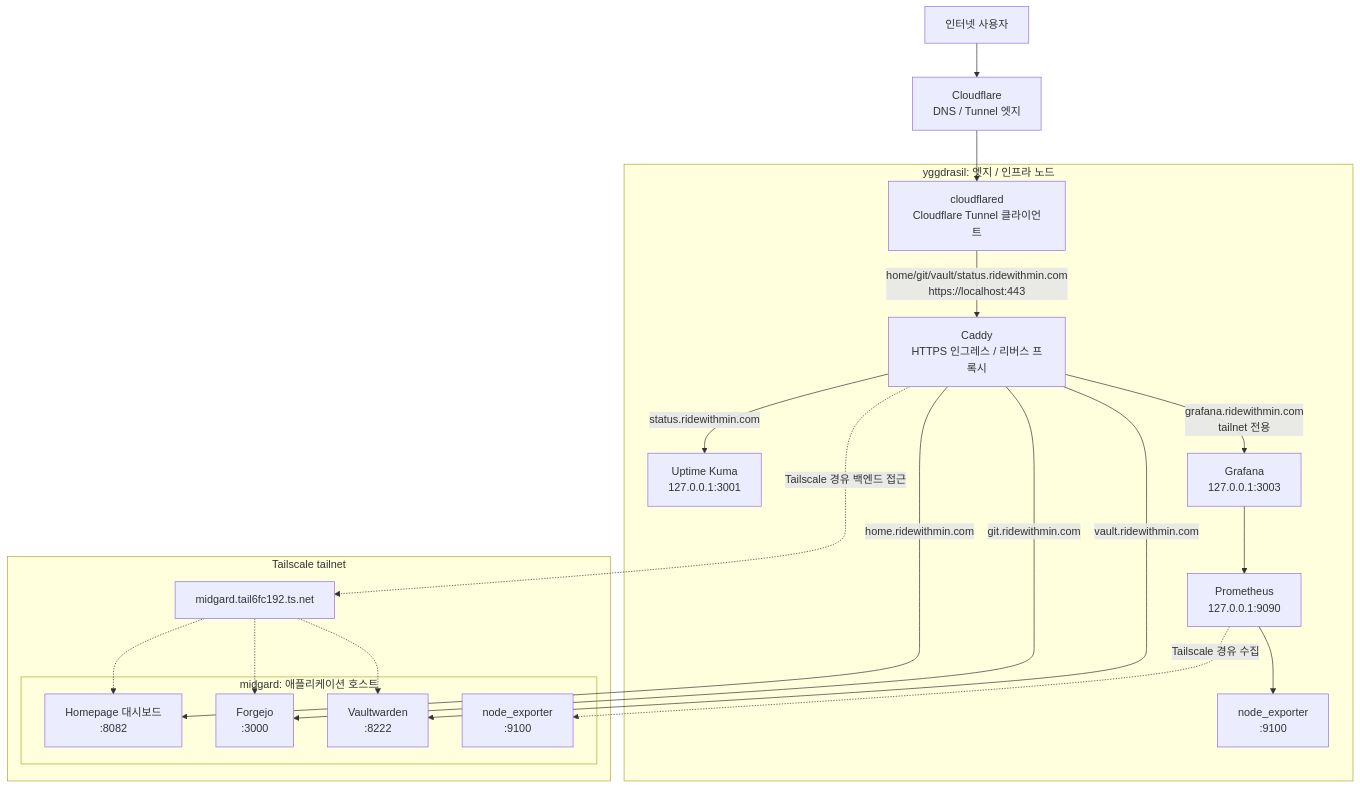
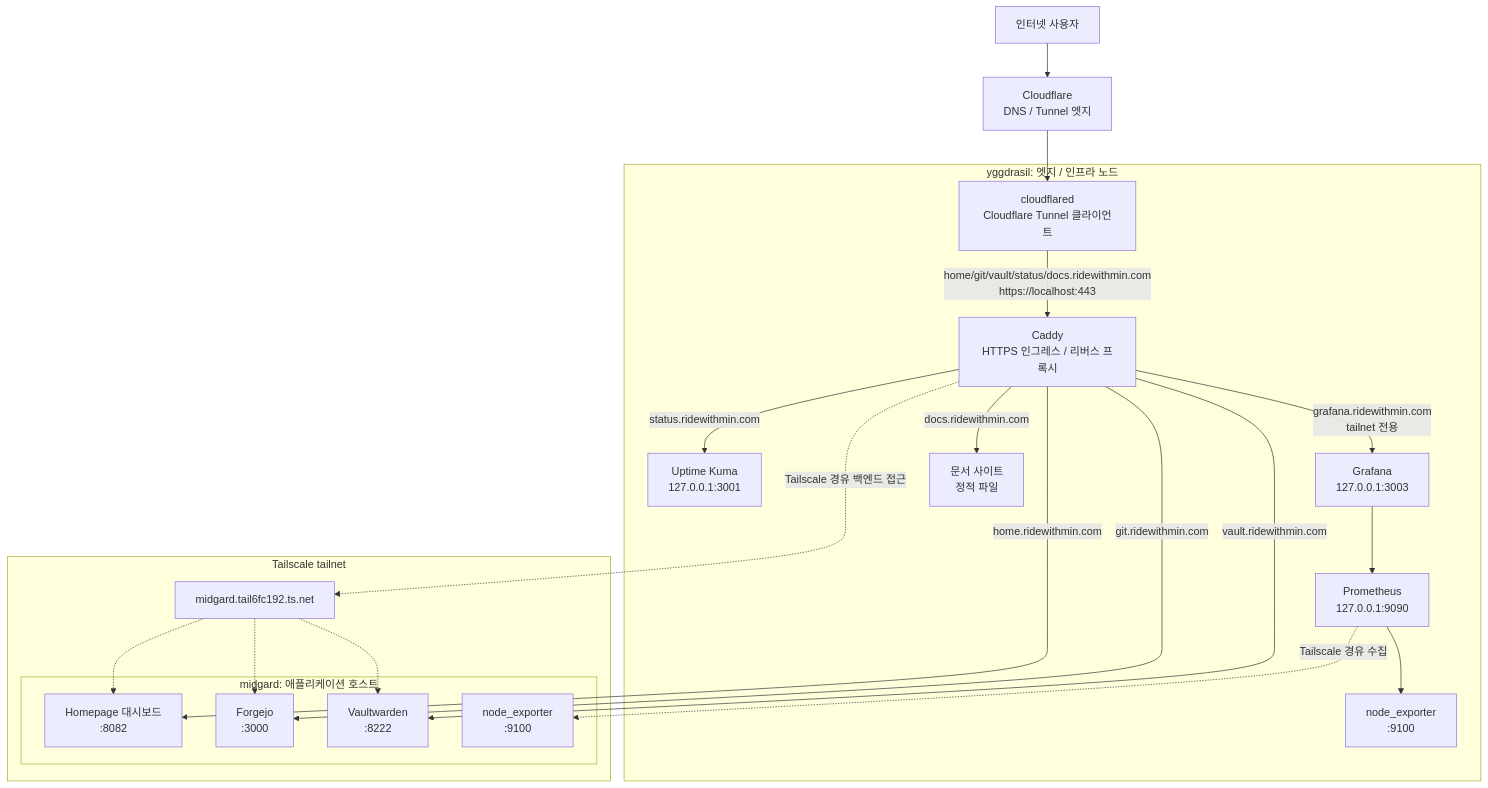
Before and after one commit to smg1024/homelab: the diagram in docs/ko/architecture.md, drawn with Mermaid. The commit also changed 13 other files, not shown here.

````diff
--- a/docs/ko/architecture.md
+++ b/docs/ko/architecture.md
@@ -12,44 +12,46 @@
 ```mermaid
 flowchart TD
     internet["인터넷 사용자"]
     cloudflare["Cloudflare<br/>DNS / Tunnel 엣지"]
 
     subgraph yggdrasil["yggdrasil: 엣지 / 인프라 노드"]
         cloudflared["cloudflared<br/>Cloudflare Tunnel 클라이언트"]
         caddy["Caddy<br/>HTTPS 인그레스 / 리버스 프록시"]
         kuma["Uptime Kuma<br/>127.0.0.1:3001"]
         prometheus["Prometheus<br/>127.0.0.1:9090"]
         grafana["Grafana<br/>127.0.0.1:3003"]
+        docsSite["문서 사이트<br/>정적 파일"]
         yNodeExporter["node_exporter<br/>:9100"]
     end
 
     subgraph tailnet["Tailscale tailnet"]
         midgardDns["midgard.tail6fc192.ts.net"]
 
         subgraph midgard["midgard: 애플리케이션 호스트"]
             homepage["Homepage 대시보드<br/>:8082"]
             forgejo["Forgejo<br/>:3000"]
             vaultwarden["Vaultwarden<br/>:8222"]
             mNodeExporter["node_exporter<br/>:9100"]
         end
     end
 
     internet --> cloudflare
     cloudflare --> cloudflared
-    cloudflared -->|"home/git/vault/status.ridewithmin.com<br/>https://localhost:443"| caddy
+    cloudflared -->|"home/git/vault/status/docs.ridewithmin.com<br/>https://localhost:443"| caddy
 
     caddy -->|"status.ridewithmin.com"| kuma
     caddy -->|"home.ridewithmin.com"| homepage
     caddy -->|"git.ridewithmin.com"| forgejo
     caddy -->|"vault.ridewithmin.com"| vaultwarden
     caddy -->|"grafana.ridewithmin.com<br/>tailnet 전용"| grafana
+    caddy -->|"docs.ridewithmin.com"| docsSite
 
     caddy -.->|Tailscale 경유 백엔드 접근| midgardDns
     midgardDns -.-> homepage
     midgardDns -.-> forgejo
     midgardDns -.-> vaultwarden
 
     prometheus --> yNodeExporter
     prometheus -.->|Tailscale 경유 수집| mNodeExporter
     grafana --> prometheus
 ```
````
